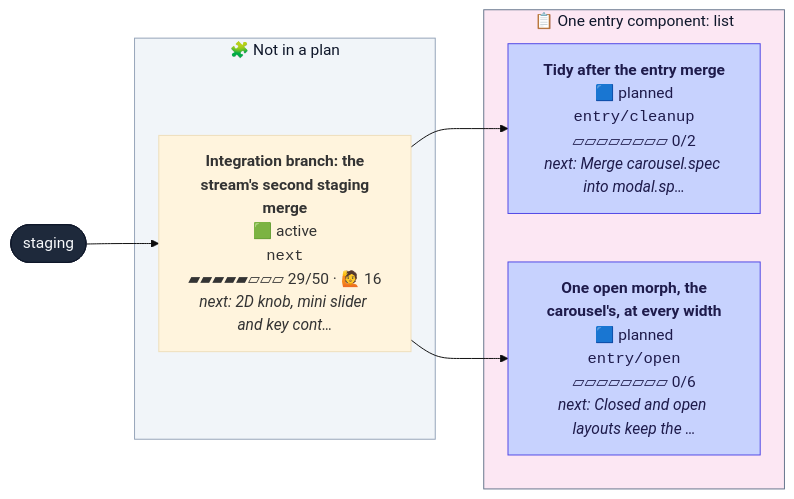
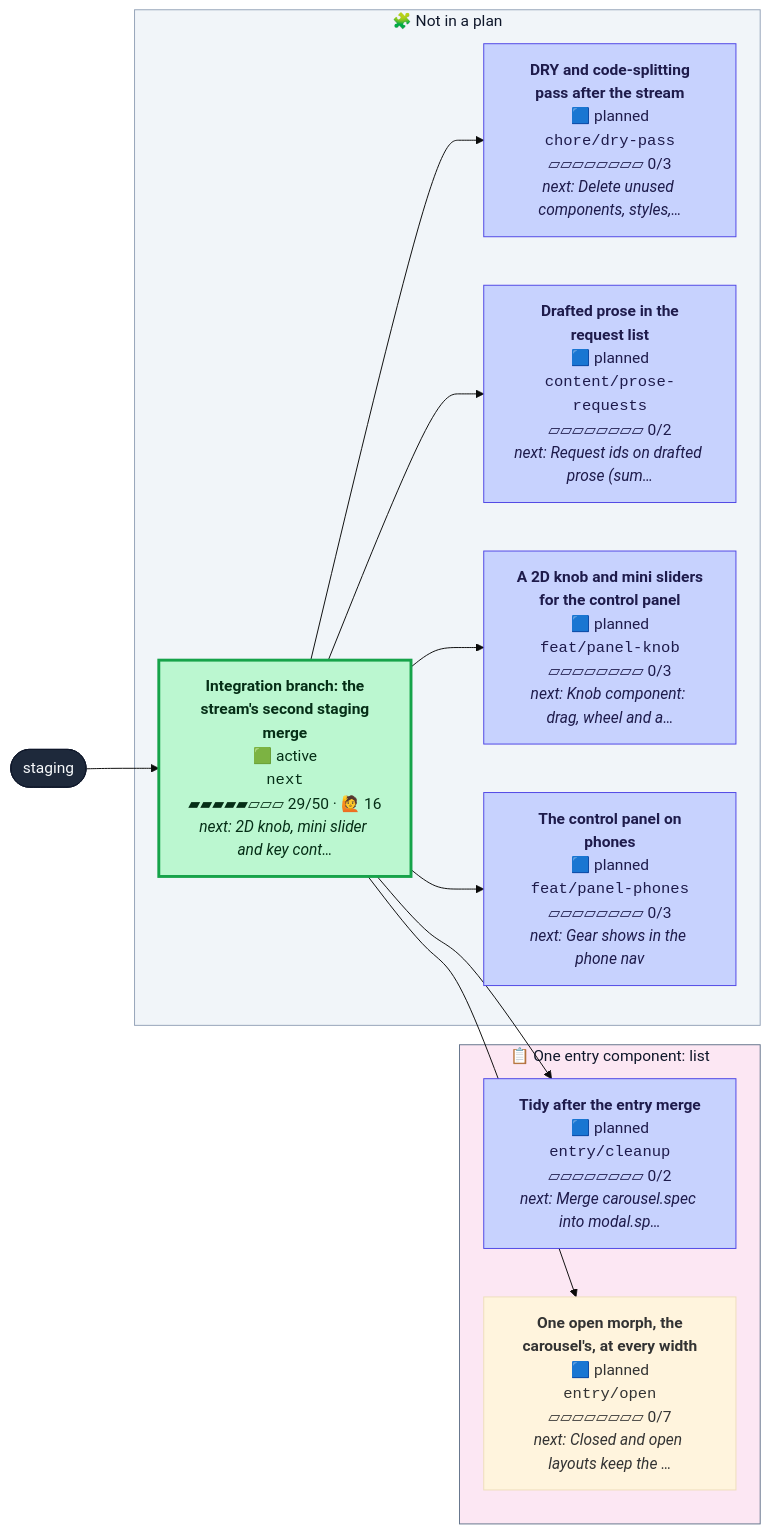
Before and after one commit to henryjonescodes/portfolio: the second of 2 diagrams in CONTRIBUTING.md, drawn with Mermaid (base theme). The commit also changed other lines of this file and 1 other file, not shown here.

````diff
--- a/CONTRIBUTING.md
+++ b/CONTRIBUTING.md
@@ -66,29 +66,41 @@
 ```mermaid
 flowchart LR
   n_staging([staging])
   class n_staging trunk
   subgraph plan_1["📋 One entry component: list"]
     n_entry_cleanup["<b>Tidy after the entry merge</b><br/>🟦 planned<br/><code>entry/cleanup</code><br/>▱▱▱▱▱▱▱▱ 0/2<br/><i>next: Merge carousel.spec into modal.sp…</i>"]
     class n_entry_cleanup planned
-    n_entry_open["<b>One open morph, the<br/>carousel's, at every width</b><br/>🟦 planned<br/><code>entry/open</code><br/>▱▱▱▱▱▱▱▱ 0/6<br/><i>next: Closed and open layouts keep the …</i>"]
-    class n_entry_open planned
+    n_entry_open["<b>One open morph, the<br/>carousel's, at every width</b><br/>🟦 planned<br/><code>entry/open</code><br/>▱▱▱▱▱▱▱▱ 0/7<br/><i>next: Closed and open layouts keep the …</i>"]
+    class n_entry_open planned,current
   end
   style plan_1 fill:#fce7f3,stroke:#64748b,color:#0f172a
   subgraph loose["🧩 Not in a plan"]
+    n_chore_dry_pass["<b>DRY and code-splitting<br/>pass after the stream</b><br/>🟦 planned<br/><code>chore/dry-pass</code><br/>▱▱▱▱▱▱▱▱ 0/3<br/><i>next: Delete unused components, styles,…</i>"]
+    class n_chore_dry_pass planned
+    n_content_prose_requests["<b>Drafted prose in the<br/>request list</b><br/>🟦 planned<br/><code>content/prose-requests</code><br/>▱▱▱▱▱▱▱▱ 0/2<br/><i>next: Request ids on drafted prose (sum…</i>"]
+    class n_content_prose_requests planned
+    n_feat_panel_knob["<b>A 2D knob and mini sliders<br/>for the control panel</b><br/>🟦 planned<br/><code>feat/panel-knob</code><br/>▱▱▱▱▱▱▱▱ 0/3<br/><i>next: Knob component: drag, wheel and a…</i>"]
+    class n_feat_panel_knob planned
+    n_feat_panel_phones["<b>The control panel on<br/>phones</b><br/>🟦 planned<br/><code>feat/panel-phones</code><br/>▱▱▱▱▱▱▱▱ 0/3<br/><i>next: Gear shows in the phone nav</i>"]
+    class n_feat_panel_phones planned
     n_next["<b>Integration branch: the<br/>stream's second staging<br/>merge</b><br/>🟩 active<br/><code>next</code><br/>▰▰▰▰▰▱▱▱ 29/50 · 🙋 16<br/><i>next: 2D knob, mini slider and key cont…</i>"]
-    class n_next active,current
+    class n_next active
   end
   style loose fill:#f1f5f9,stroke:#94a3b8,color:#0f172a
+  n_next --> n_chore_dry_pass
+  n_next --> n_content_prose_requests
   n_next --> n_entry_cleanup
   n_next --> n_entry_open
+  n_next --> n_feat_panel_knob
+  n_next --> n_feat_panel_phones
   n_staging --> n_next
   classDef merged fill:#dcfce7,stroke:#16a34a,color:#052e16
   classDef todo fill:#ffffff,stroke:#94a3b8,stroke-dasharray:2 2,color:#334155
   classDef planned fill:#c7d2fe,stroke:#4f46e5,color:#1e1b4b
   classDef sketched fill:#f8fafc,stroke:#64748b,stroke-dasharray:4 3,color:#334155
   classDef active fill:#bbf7d0,stroke:#16a34a,stroke-width:3px,color:#052e16
   classDef review fill:#fde68a,stroke:#d97706,stroke-width:3px,color:#451a03
   classDef blocked fill:#fecaca,stroke:#dc2626,stroke-width:3px,color:#450a0a
   classDef trunk fill:#1e293b,stroke:#0f172a,color:#f8fafc
   classDef current stroke:#0ea5e9,stroke-width:5px
 ```
````
